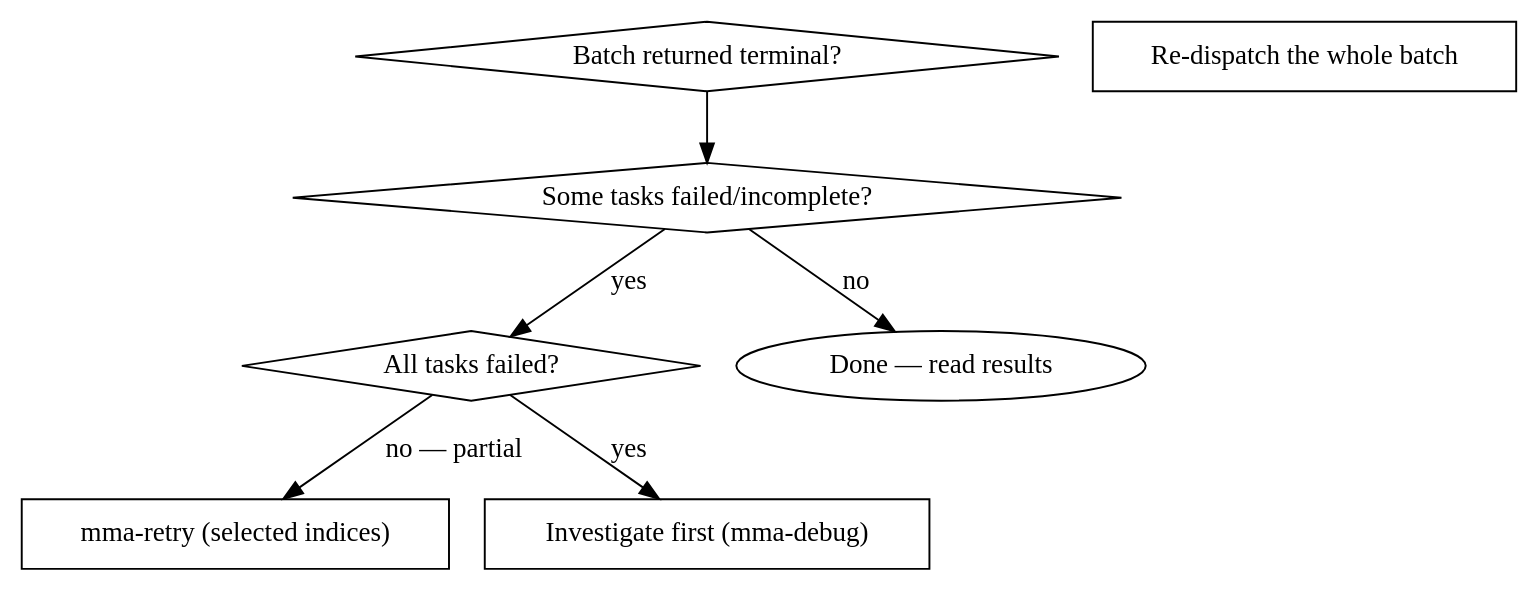
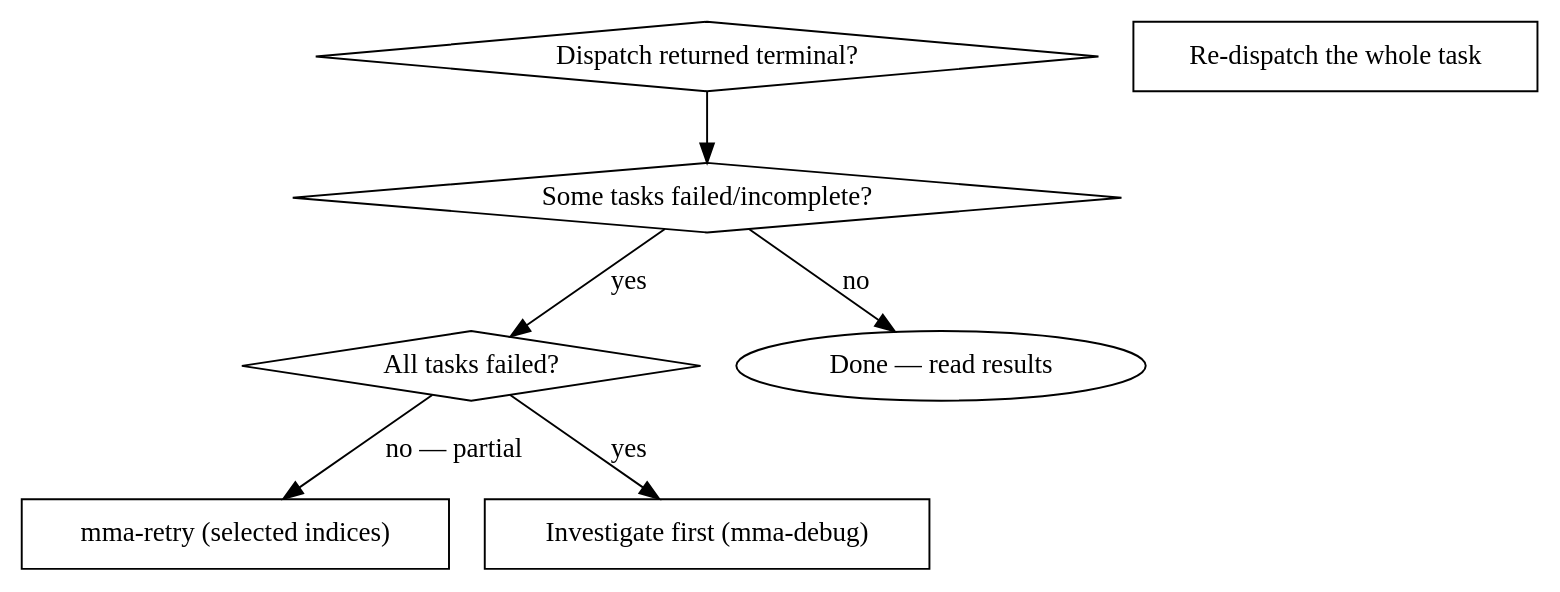
Before and after one commit to zhixuan312/multi-model-agent: the diagram in packages/server/src/skills/mma-retry/SKILL.md, drawn with Graphviz. The commit also changed other lines of this file and 55 other files, not shown here.

First line of the commit message:
docs: update packaged skills, CLAUDE.md, ARCHITECTURE.md for unified task API

````diff
--- a/packages/server/src/skills/mma-retry/SKILL.md
+++ b/packages/server/src/skills/mma-retry/SKILL.md
@@ -18,16 +18,16 @@
 ```dot
 digraph when_to_use {
-    "Batch returned terminal?" [shape=diamond];
+    "Dispatch returned terminal?" [shape=diamond];
     "Some tasks failed/incomplete?" [shape=diamond];
     "All tasks failed?" [shape=diamond];
     "mma-retry (selected indices)" [shape=box];
-    "Re-dispatch the whole batch" [shape=box];
+    "Re-dispatch the whole task" [shape=box];
     "Investigate first (mma-debug)" [shape=box];
 
-    "Batch returned terminal?" -> "Some tasks failed/incomplete?";
+    "Dispatch returned terminal?" -> "Some tasks failed/incomplete?";
     "Some tasks failed/incomplete?" -> "All tasks failed?" [label="yes"];
     "Some tasks failed/incomplete?" -> "Done — read results" [label="no"];
     "All tasks failed?" -> "Investigate first (mma-debug)" [label="yes"];
     "All tasks failed?" -> "mma-retry (selected indices)" [label="no — partial"];
 }
 ```
````
